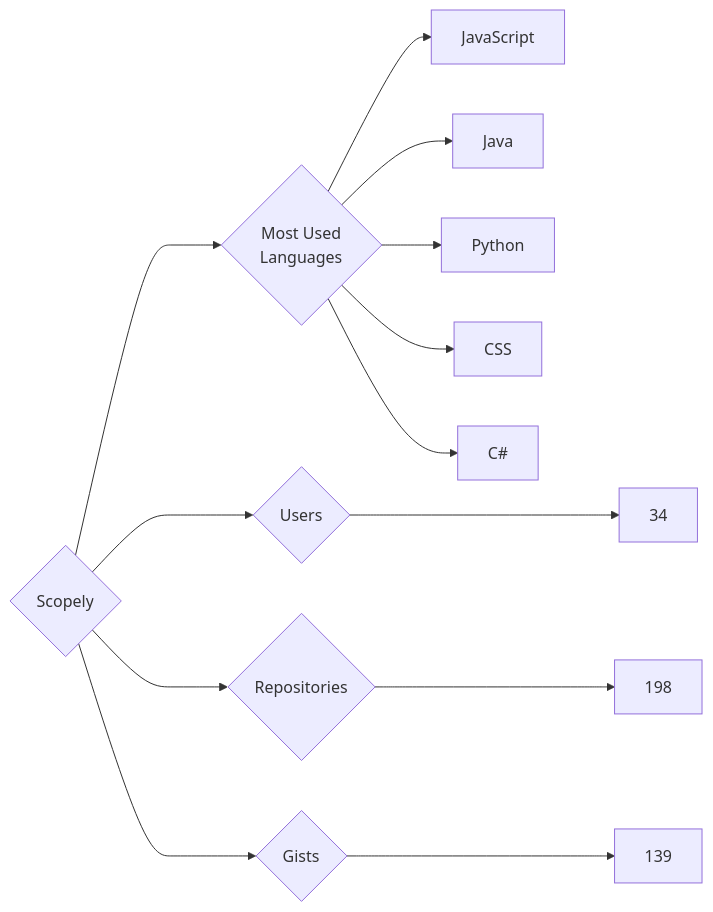
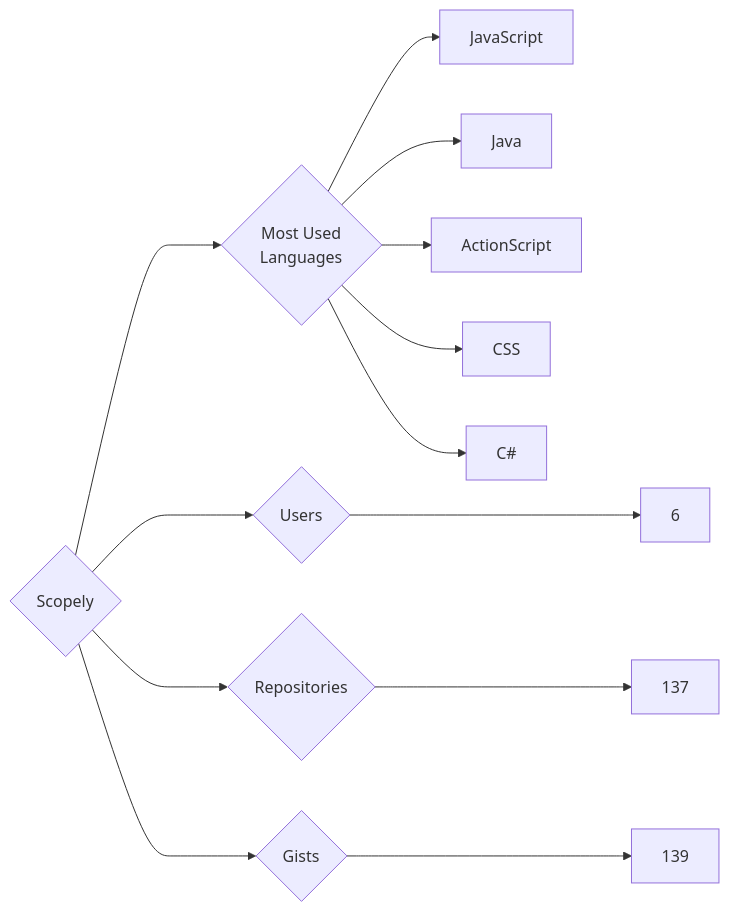
The diagram in targets/Scopely/README.md (trickest/insiders), drawn with Mermaid before and after one commit. The commit also changed 823 other files, not shown here.

````diff
--- a/targets/Scopely/README.md
+++ b/targets/Scopely/README.md
@@ -3,13 +3,13 @@
 ```mermaid
 graph LR
 COMPANY_NAME{Scopely}
-COMPANY_NAME ---> U{Users} ---> UN[34]
-COMPANY_NAME ---> R{Repositories} ---> RN[198]
+COMPANY_NAME ---> U{Users} ---> UN[6]
+COMPANY_NAME ---> R{Repositories} ---> RN[137]
 COMPANY_NAME ---> G{Gists} ---> GN[139]
 COMPANY_NAME ---> ML{Most Used<br>Languages}
 ML --> JavaScript[JavaScript]
 ML --> Java[Java]
-ML --> Python[Python]
+ML --> ActionScript[ActionScript]
 ML --> CSS[CSS]
 ML --> C#[C#]
 ```
````
